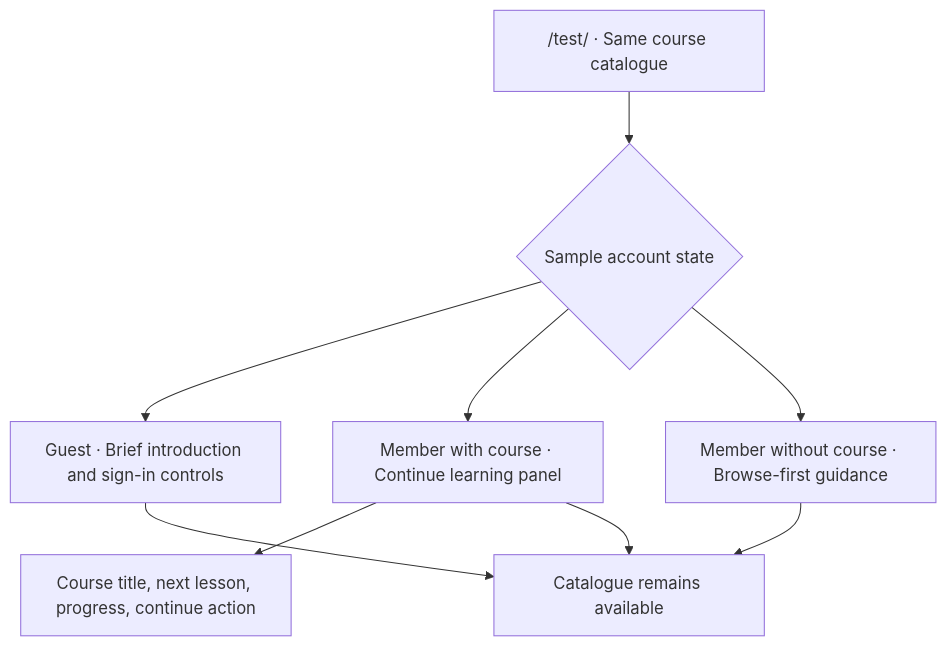
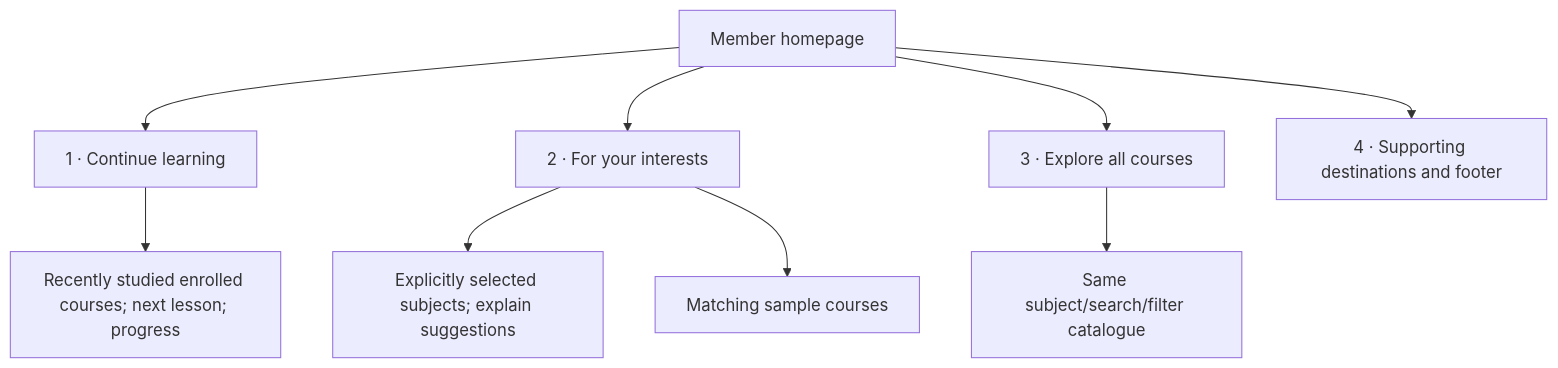
Before and after one commit to Physcratic/physcratic: the third of 11 diagrams in docs/engineering/TEST_PAGE_HIERARCHIES.md, drawn with Mermaid. The commit also changed other lines of this file and 4 other files, not shown here.

Commit message:
feat: prototype guest introduction and member learning homepages across olympiad subjects

````diff
--- a/docs/engineering/TEST_PAGE_HIERARCHIES.md
+++ b/docs/engineering/TEST_PAGE_HIERARCHIES.md
@@ -81,16 +81,16 @@
 ```mermaid
 flowchart TD
-  home["/test/ · Same course catalogue"]
-  identity{"Sample account state"}
-  guest["Guest · Brief introduction and sign-in controls"]
-  enrolled["Member with course · Continue learning panel"]
-  empty["Member without course · Browse-first guidance"]
-  home --> identity
-  identity --> guest
-  identity --> enrolled
-  identity --> empty
-  enrolled --> resume["Course title, next lesson, progress, continue action"]
-  enrolled --> discover["Catalogue remains available"]
-  guest --> discover
-  empty --> discover
+  page["Member homepage"]
+  recent["1 · Continue learning"]
+  interest["2 · For your interests"]
+  browse["3 · Explore all courses"]
+  support["4 · Supporting destinations and footer"]
+  page --> recent
+  page --> interest
+  page --> browse
+  page --> support
+  recent --> enrolled["Recently studied enrolled courses; next lesson; progress"]
+  interest --> choices["Explicitly selected subjects; explain suggestions"]
+  interest --> suggestions["Matching sample courses"]
+  browse --> catalogue["Same subject/search/filter catalogue"]
 ```
````
